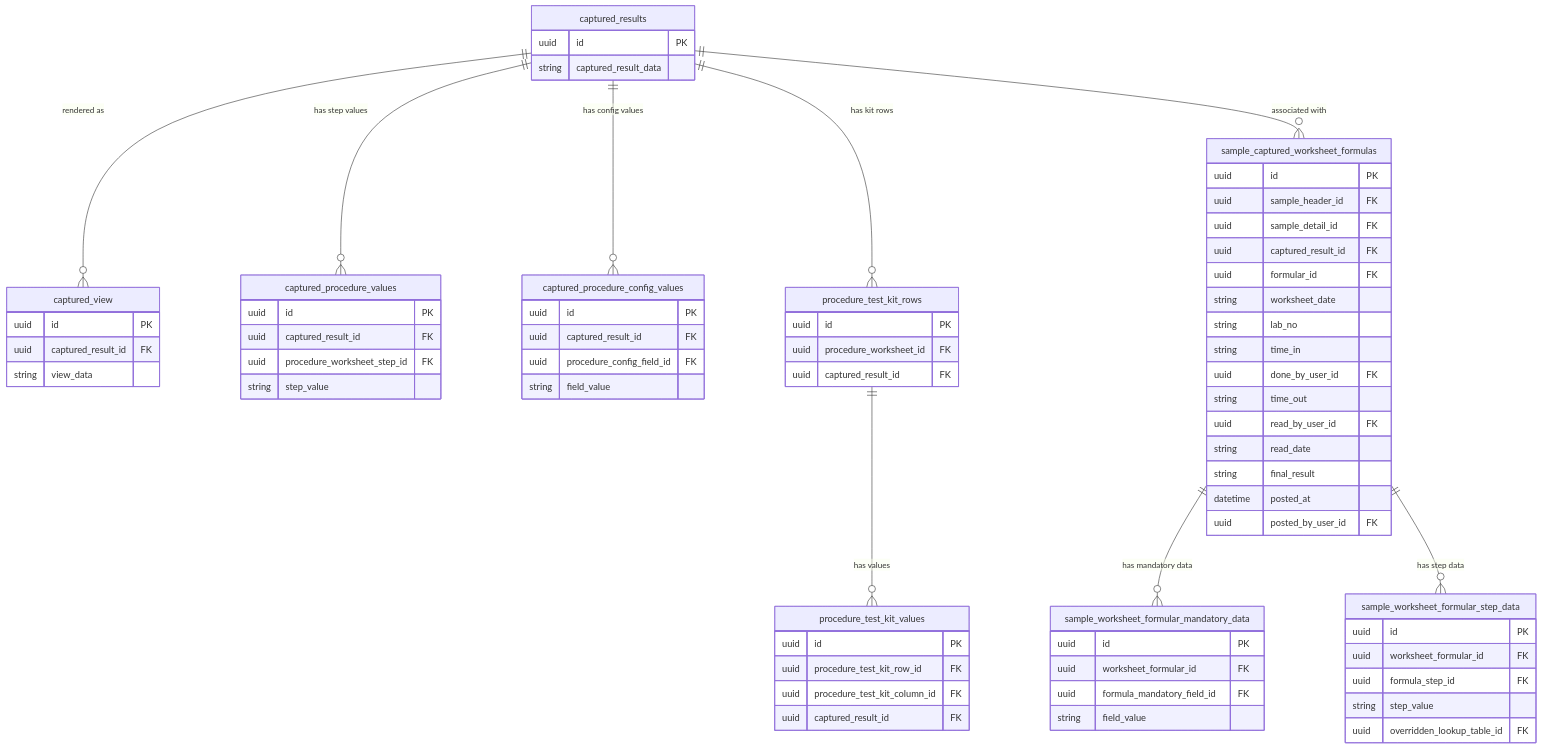
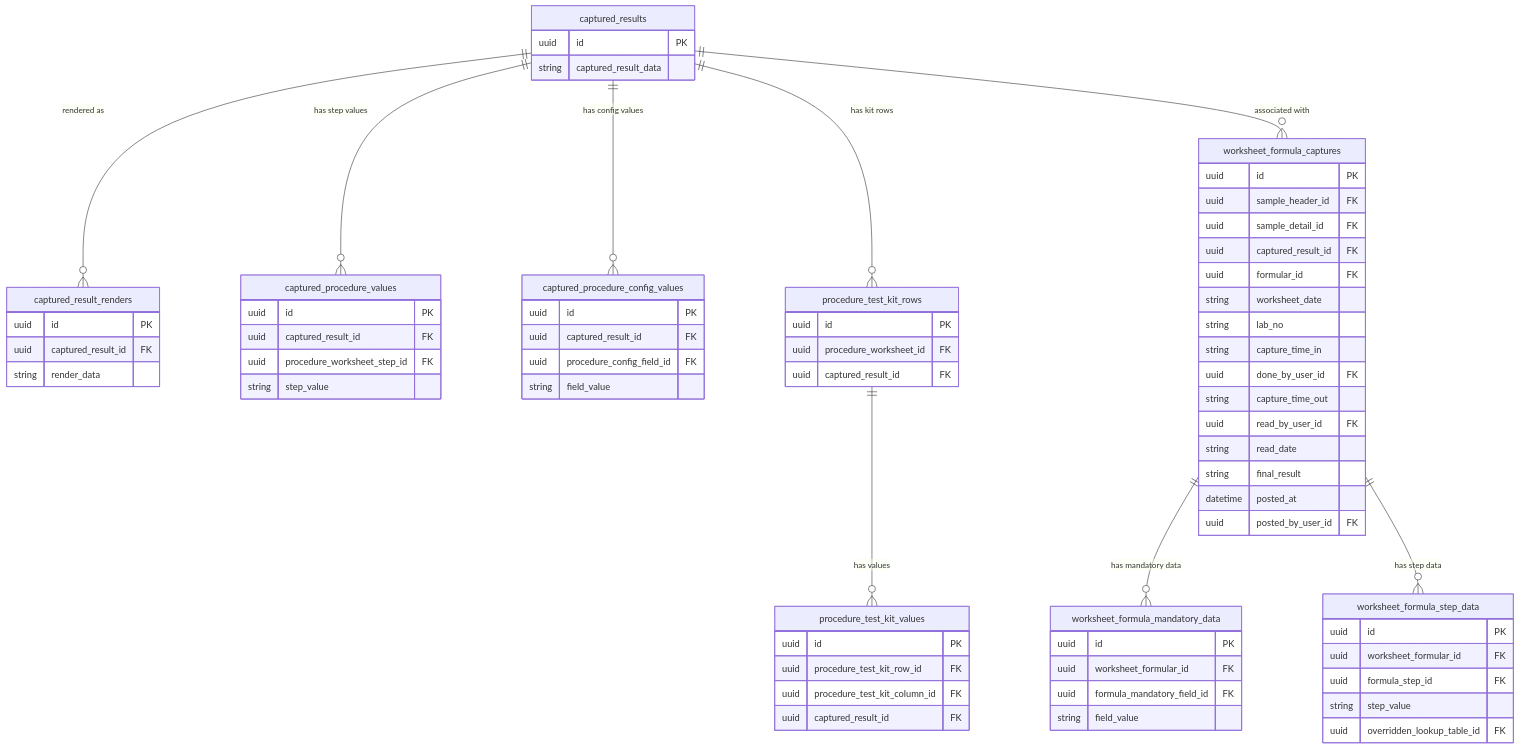
Before and after one commit to ErnestKamau/shh: diagram 11 of 25 in docs/database-erd.md, drawn with Mermaid. The commit also changed other lines of this file, not shown here.

````diff
--- a/docs/database-erd.md
+++ b/docs/database-erd.md
@@ -1540,82 +1539,82 @@
 ```mermaid
 erDiagram
     captured_results {
         uuid id PK
         string captured_result_data
     }
 
-    captured_view {
+    captured_result_renders {
         uuid id PK
         uuid captured_result_id FK
-        string view_data
+        string render_data
     }
 
     captured_procedure_values {
         uuid id PK
         uuid captured_result_id FK
         uuid procedure_worksheet_step_id FK
         string step_value
     }
 
     captured_procedure_config_values {
         uuid id PK
         uuid captured_result_id FK
         uuid procedure_config_field_id FK
         string field_value
     }
 
     procedure_test_kit_rows {
         uuid id PK
         uuid procedure_worksheet_id FK
         uuid captured_result_id FK
     }
 
     procedure_test_kit_values {
         uuid id PK
         uuid procedure_test_kit_row_id FK
         uuid procedure_test_kit_column_id FK
         uuid captured_result_id FK
     }
 
-    sample_captured_worksheet_formulas {
+    worksheet_formula_captures {
         uuid id PK
         uuid sample_header_id FK
         uuid sample_detail_id FK
         uuid captured_result_id FK
         uuid formular_id FK
         string worksheet_date
         string lab_no
-        string time_in
+        string capture_time_in
         uuid done_by_user_id FK
-        string time_out
+        string capture_time_out
         uuid read_by_user_id FK
         string read_date
         string final_result
         datetime posted_at
         uuid posted_by_user_id FK
     }
 
-    sample_worksheet_formular_mandatory_data {
+    worksheet_formula_mandatory_data {
         uuid id PK
         uuid worksheet_formular_id FK
         uuid formula_mandatory_field_id FK
         string field_value
     }
 
-    sample_worksheet_formular_step_data {
+    worksheet_formula_step_data {
         uuid id PK
         uuid worksheet_formular_id FK
         uuid formula_step_id FK
         string step_value
         uuid overridden_lookup_table_id FK
     }
 
-    captured_results ||--o{ captured_view : "rendered as"
+    captured_results ||--o{ captured_result_renders : "rendered as"
     captured_results ||--o{ captured_procedure_values : "has step values"
     captured_results ||--o{ captured_procedure_config_values : "has config values"
     captured_results ||--o{ procedure_test_kit_rows : "has kit rows"
-    captured_results ||--o{ sample_captured_worksheet_formulas : "associated with"
-    sample_captured_worksheet_formulas ||--o{ sample_worksheet_formular_mandatory_data : "has mandatory data"
-    sample_captured_worksheet_formulas ||--o{ sample_worksheet_formular_step_data : "has step data"
+    captured_results ||--o{ worksheet_formula_captures : "associated with"
+    worksheet_formula_captures ||--o{ worksheet_formula_mandatory_data : "has mandatory data"
+    worksheet_formula_captures ||--o{ worksheet_formula_step_data : "has step data"
     procedure_test_kit_rows ||--o{ procedure_test_kit_values : "has values"
 ```
````
